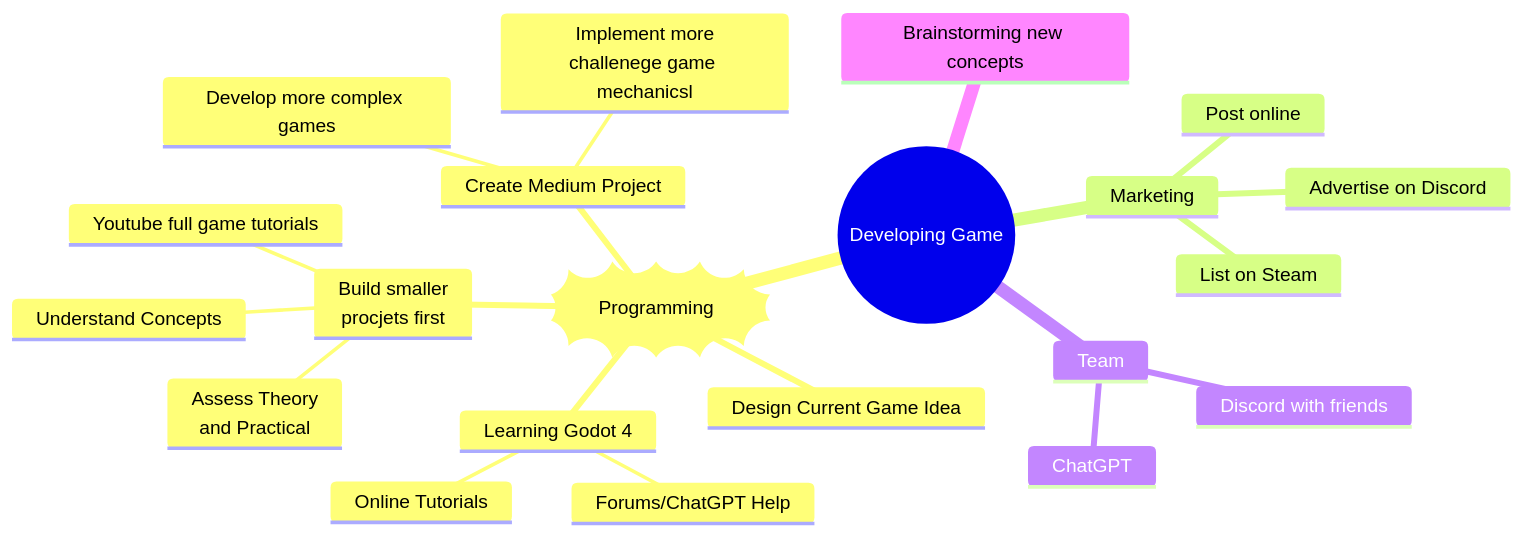
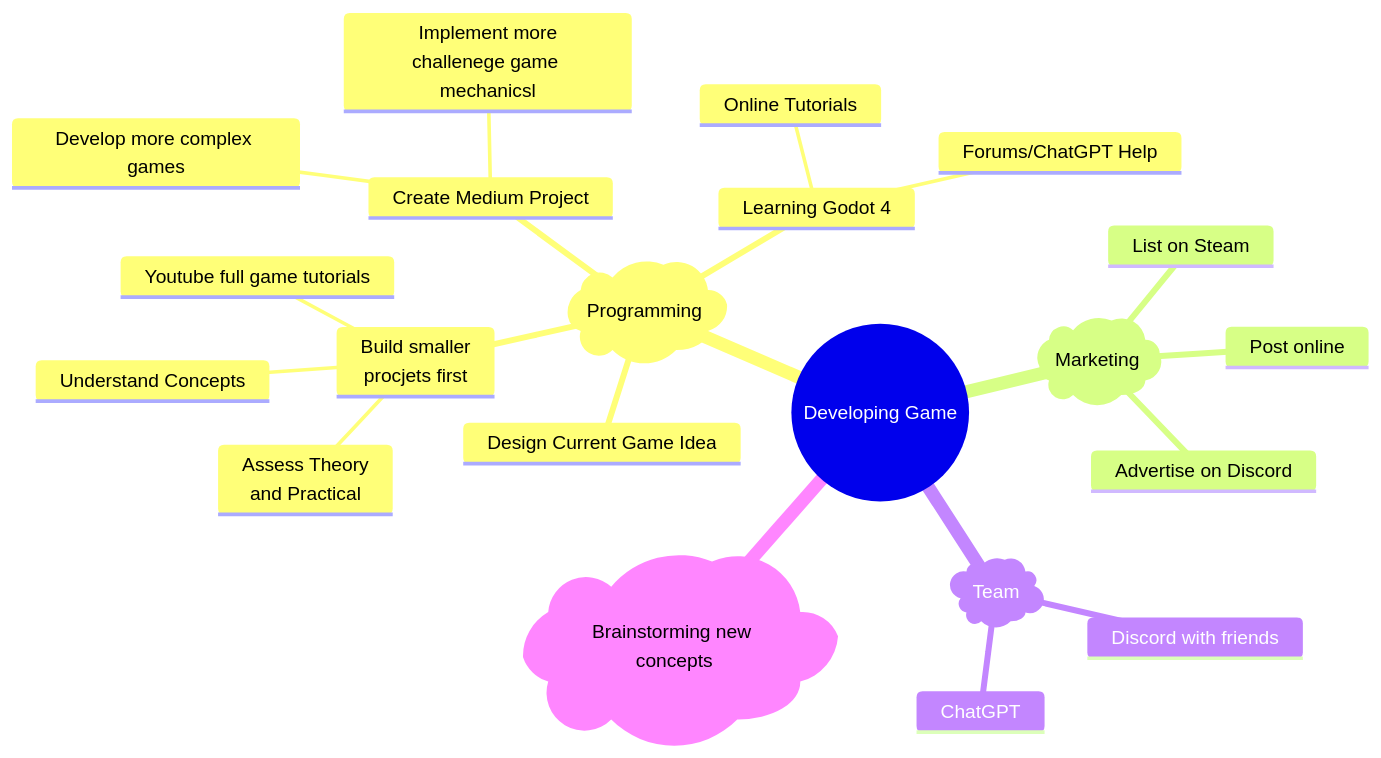
One commit to Swankyjazz/Swankyjazz changed the diagram in README.md. Above: the diagram before and after it, drawn with Mermaid.

````diff
--- a/README.md
+++ b/README.md
@@ -9,24 +9,24 @@
 ```mermaid
 mindmap
   root((Developing Game))
-    id))Programming((
+    id)Programming(
       Learning Godot 4
         Online Tutorials
         Forums/ChatGPT Help
       Build smaller<br/>procjets first
         Youtube full game tutorials
         Understand Concepts
         Assess Theory<br/>and Practical
       Create Medium Project
         Develop more complex games
         Implement more<br/>challenege game mechanicsl
       Design Current Game Idea
-    Marketing
+    id)Marketing(
       Advertise on Discord
       List on Steam
       Post online
-    Team
+    id)Team(
       Discord with friends
       ChatGPT
-    Brainstorming new concepts
+    id)Brainstorming new concepts(
 ``` 
````
